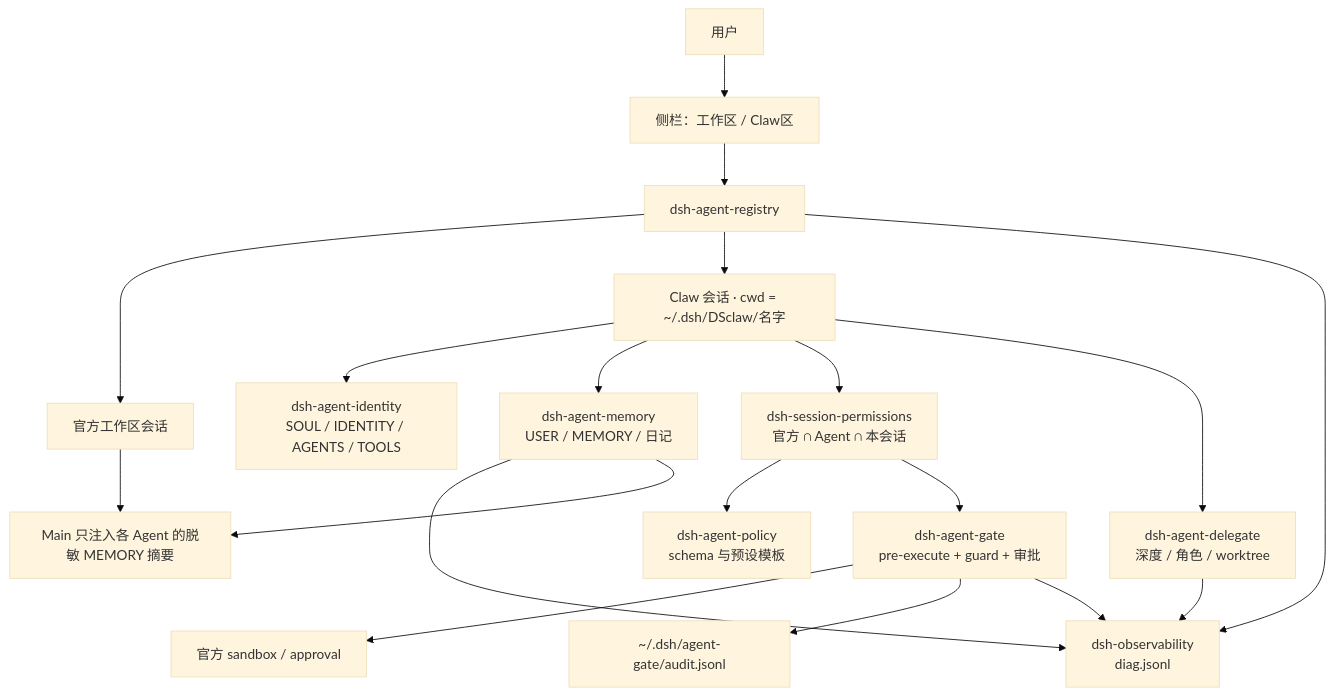
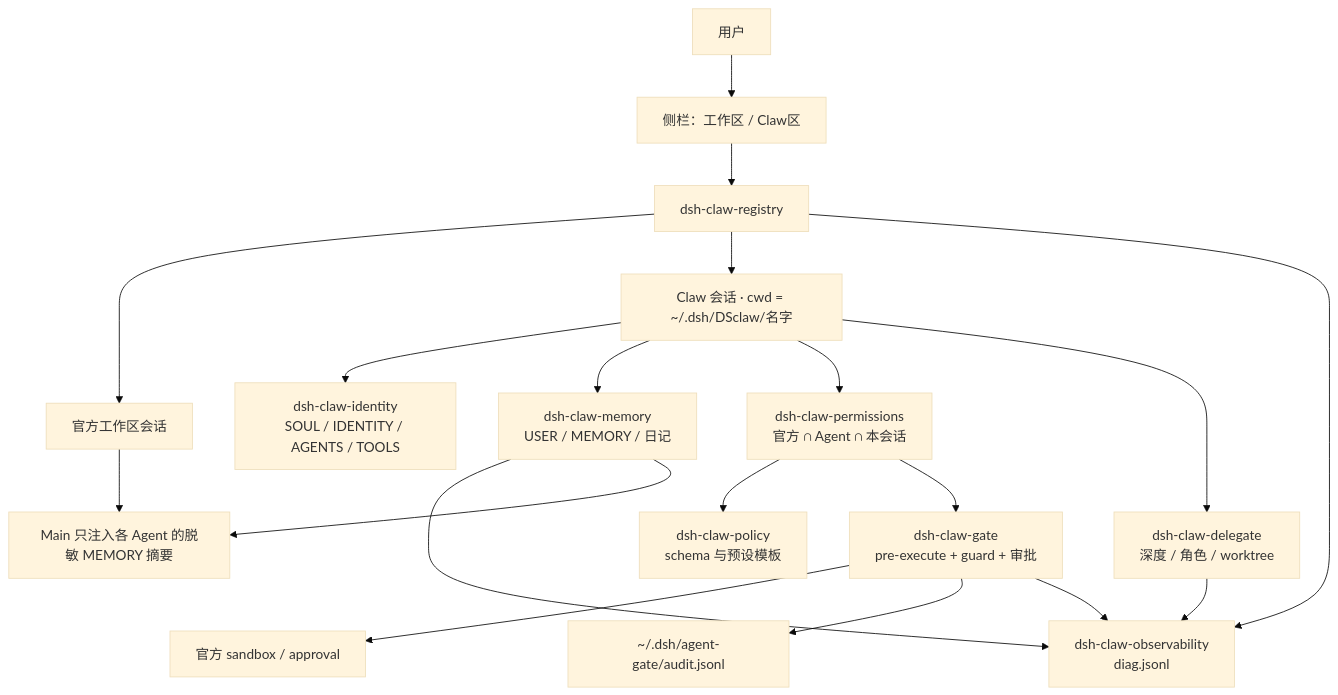
The diagram in docs/architecture.md (xingyingyuzhui/dsh-claw-suite), drawn with Mermaid (base theme) before and after one commit. The commit also changed other lines of this file and 42 other files, not shown here.

First line of the commit message:
release: dsh-claw-suite 0.3.0-rc.1 for DSH Desktop 0.2.0-rc.1+

````diff
--- a/docs/architecture.md
+++ b/docs/architecture.md
@@ -7,23 +7,23 @@
 ```mermaid
 flowchart TB
   User["用户"] --> Sidebar["侧栏：工作区 / Claw区"]
-  Sidebar --> Registry["dsh-agent-registry"]
+  Sidebar --> Registry["dsh-claw-registry"]
   Registry --> Official["官方工作区会话"]
   Registry --> Claw["Claw 会话 · cwd = ~/.dsh/DSclaw/名字"]
 
-  Claw --> Identity["dsh-agent-identity<br/>SOUL / IDENTITY / AGENTS / TOOLS"]
-  Claw --> Memory["dsh-agent-memory<br/>USER / MEMORY / 日记"]
-  Claw --> Perms["dsh-session-permissions<br/>官方 ∩ Agent ∩ 本会话"]
-  Perms --> Policy["dsh-agent-policy<br/>schema 与预设模板"]
-  Perms --> Gate["dsh-agent-gate<br/>pre-execute + guard + 审批"]
+  Claw --> Identity["dsh-claw-identity<br/>SOUL / IDENTITY / AGENTS / TOOLS"]
+  Claw --> Memory["dsh-claw-memory<br/>USER / MEMORY / 日记"]
+  Claw --> Perms["dsh-claw-permissions<br/>官方 ∩ Agent ∩ 本会话"]
+  Perms --> Policy["dsh-claw-policy<br/>schema 与预设模板"]
+  Perms --> Gate["dsh-claw-gate<br/>pre-execute + guard + 审批"]
   Gate --> Sandbox["官方 sandbox / approval"]
   Gate --> Audit["~/.dsh/agent-gate/audit.jsonl"]
-  Claw --> Delegate["dsh-agent-delegate<br/>深度 / 角色 / worktree"]
-  Registry --> Observe["dsh-observability<br/>diag.jsonl"]
+  Claw --> Delegate["dsh-claw-delegate<br/>深度 / 角色 / worktree"]
+  Registry --> Observe["dsh-claw-observability<br/>diag.jsonl"]
   Gate --> Observe
   Delegate --> Observe
   Memory --> Observe
 
   Official --> MainBrief["Main 只注入各 Agent 的脱敏 MEMORY 摘要"]
   Memory --> MainBrief
 ```
````
